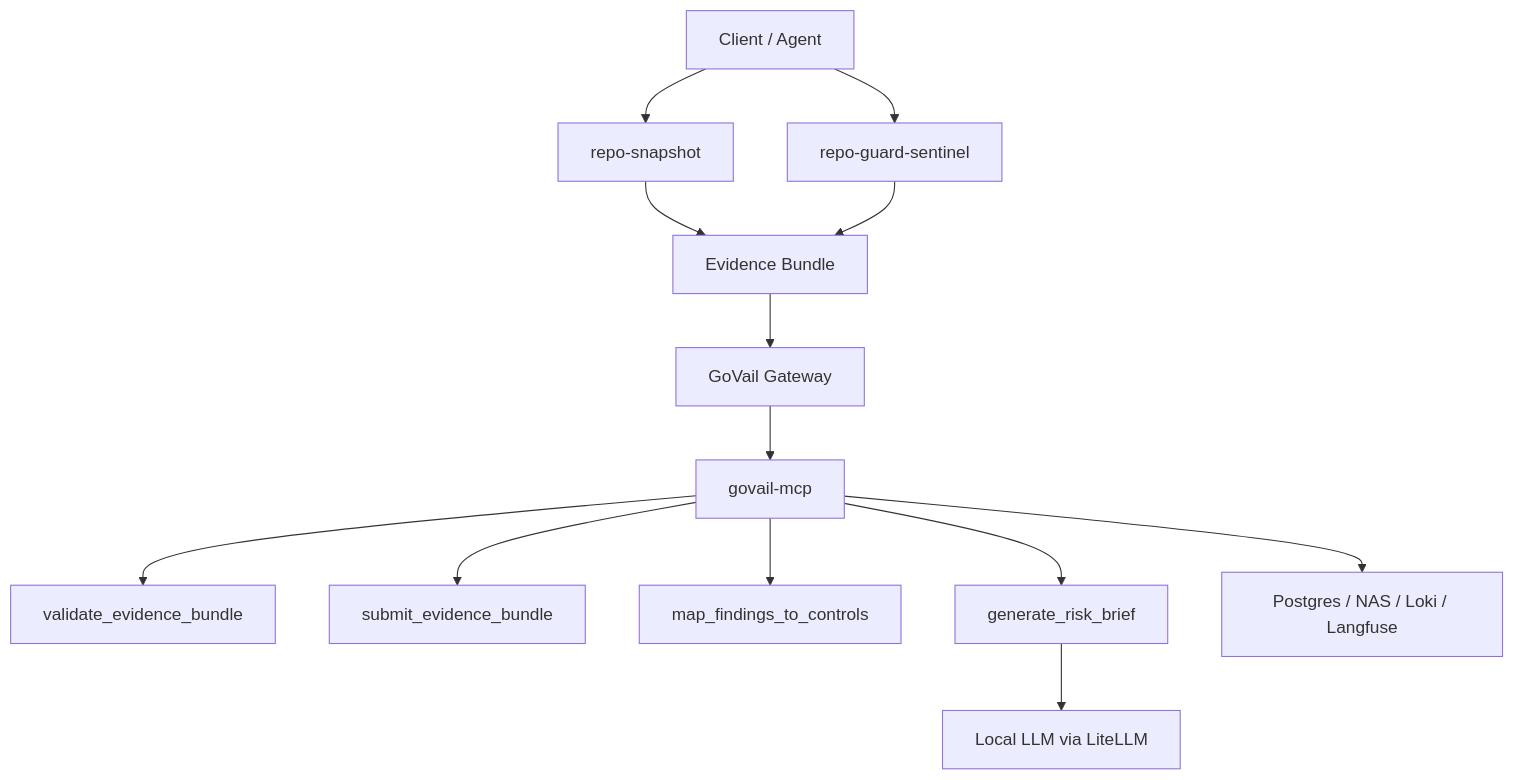
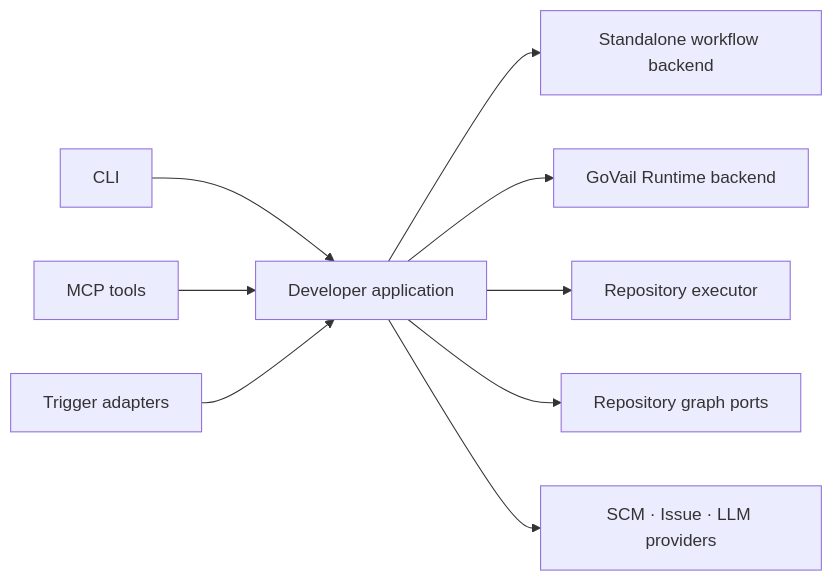
The diagram in docs/architecture.md (GoVail/govail-mcp), drawn with Mermaid before and after one commit. The commit also changed other lines of this file and 39 other files, not shown here.

Commit message:
feat: rebuild developer delivery workflow

````diff
--- a/docs/architecture.md
+++ b/docs/architecture.md
@@ -20,15 +9,11 @@
 ```mermaid
-flowchart TD
-    A["Client / Agent"] --> B["repo-snapshot"]
-    A --> C["repo-guard-sentinel"]
-    B --> D["Evidence Bundle"]
-    C --> D
-    D --> E["GoVail Gateway"]
-    E --> F["govail-mcp"]
-    F --> G["validate_evidence_bundle"]
-    F --> H["submit_evidence_bundle"]
-    F --> I["map_findings_to_controls"]
-    F --> J["generate_risk_brief"]
-    J --> K["Local LLM via LiteLLM"]
-    F --> L["Postgres / NAS / Loki / Langfuse"]
+flowchart LR
+    CLI["CLI"] --> DEV["Developer application"]
+    MCP["MCP tools"] --> DEV
+    TRIGGER["Trigger adapters"] --> DEV
+    DEV --> STANDALONE["Standalone workflow backend"]
+    DEV --> GOVAIL["GoVail Runtime backend"]
+    DEV --> REPO["Repository executor"]
+    DEV --> GRAPH["Repository graph ports"]
+    DEV --> PROVIDERS["SCM · Issue · LLM providers"]
 ```
````
